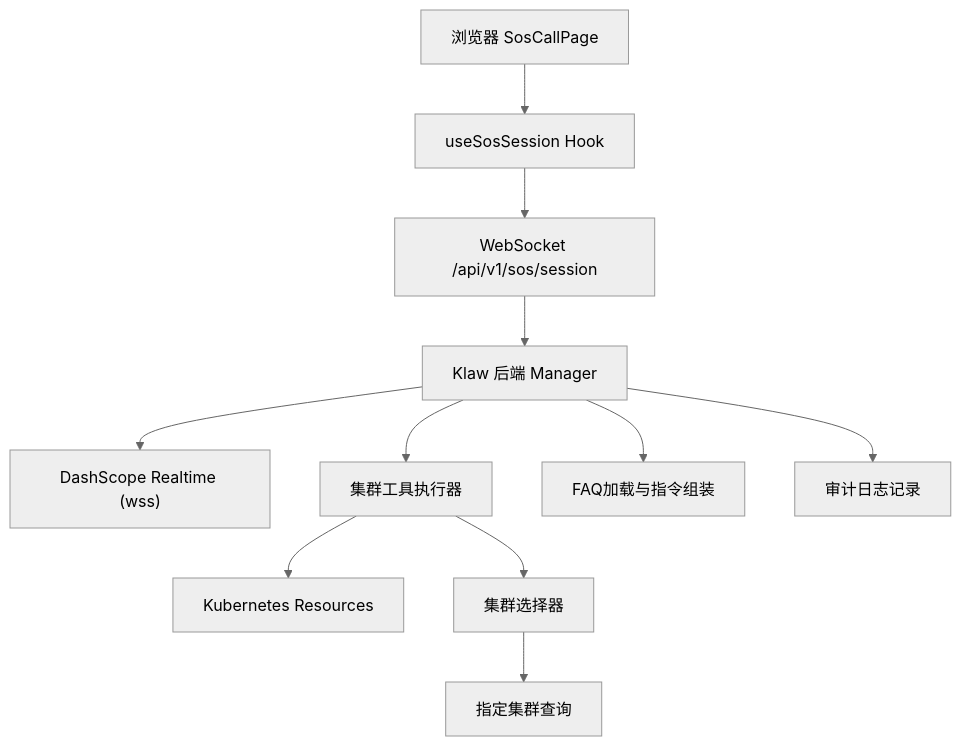
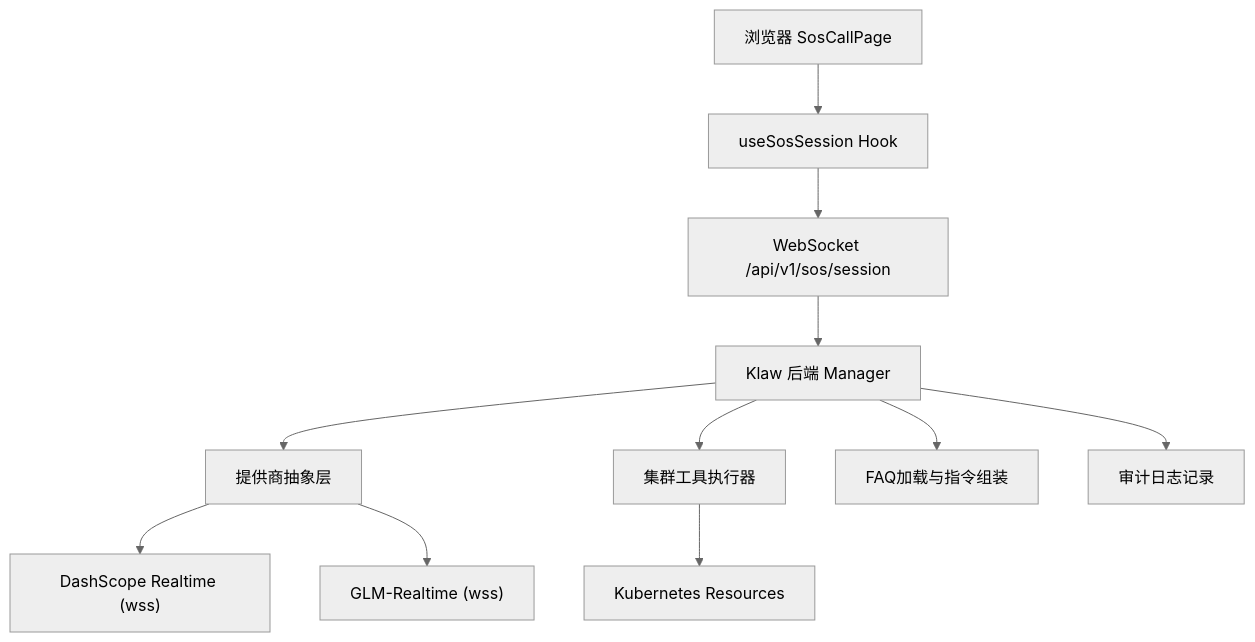
One commit to kudig-io/klaw changed the first of 3 diagrams in .qoder/repowiki/zh/content/核心功能/SOS紧急语音对话模式.md. Above: the diagram before and after it, drawn with Mermaid (neutral theme). The commit also changed other lines of this file and 336 other files, not shown here.

````diff
--- a/.qoder/repowiki/zh/content/核心功能/SOS紧急语音对话模式.md
+++ b/.qoder/repowiki/zh/content/核心功能/SOS紧急语音对话模式.md
@@ -55,13 +54,13 @@
 ```mermaid
 graph TB
 A["浏览器 SosCallPage"] --> B["useSosSession Hook"]
 B --> C["WebSocket /api/v1/sos/session"]
 C --> D["Klaw 后端 Manager"]
-D --> E["DashScope Realtime (wss)"]
-D --> F["集群工具执行器"]
-F --> G["Kubernetes Resources"]
-D --> H["FAQ加载与指令组装"]
-D --> I["审计日志记录"]
-F --> J["集群选择器"]
-J --> K["指定集群查询"]
+D --> E["提供商抽象层"]
+E --> F["DashScope Realtime (wss)"]
+E --> G["GLM-Realtime (wss)"]
+D --> H["集群工具执行器"]
+H --> I["Kubernetes Resources"]
+D --> J["FAQ加载与指令组装"]
+D --> K["审计日志记录"]
 ```
````
